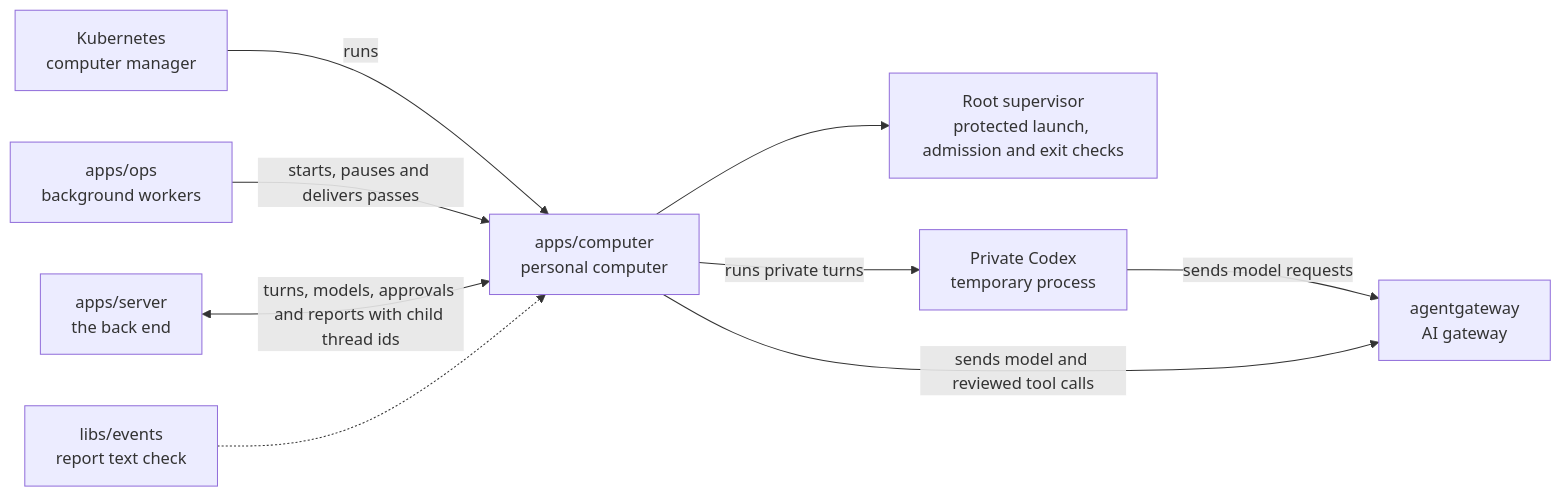
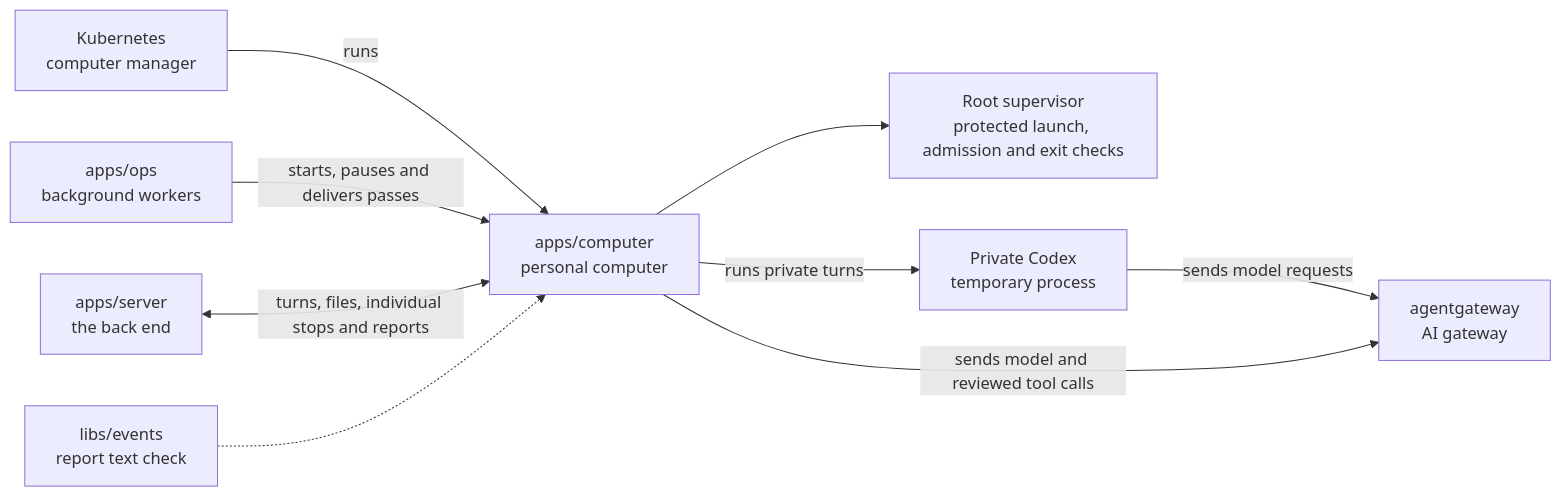
One commit to elewa-git/opencrane-new changed the diagram in apps/computer/README.md. Above: the diagram before and after it, drawn with Mermaid. The commit also changed other lines of this file and 12 other files, not shown here.

````diff
--- a/apps/computer/README.md
+++ b/apps/computer/README.md
@@ -21,11 +21,11 @@
 ```mermaid
 flowchart LR
   kube["Kubernetes<br/>computer manager"] -->|runs| computer["apps/computer<br/>personal computer"]
   ops["apps/ops<br/>background workers"] -->|starts, pauses and delivers passes| computer
-  server["apps/server<br/>the back end"] <-->|turns, models, approvals and reports with child thread ids| computer
+  server["apps/server<br/>the back end"] <-->|turns, files, individual stops and reports| computer
   events["libs/events<br/>report text check"] -.-> computer
   computer --> supervisor["Root supervisor<br/>protected launch, admission and exit checks"]
   computer -->|runs private turns| private["Private Codex<br/>temporary process"]
   private -->|sends model requests| gateway
   computer -->|sends model and reviewed tool calls| gateway["agentgateway<br/>AI gateway"]
 ```
````
